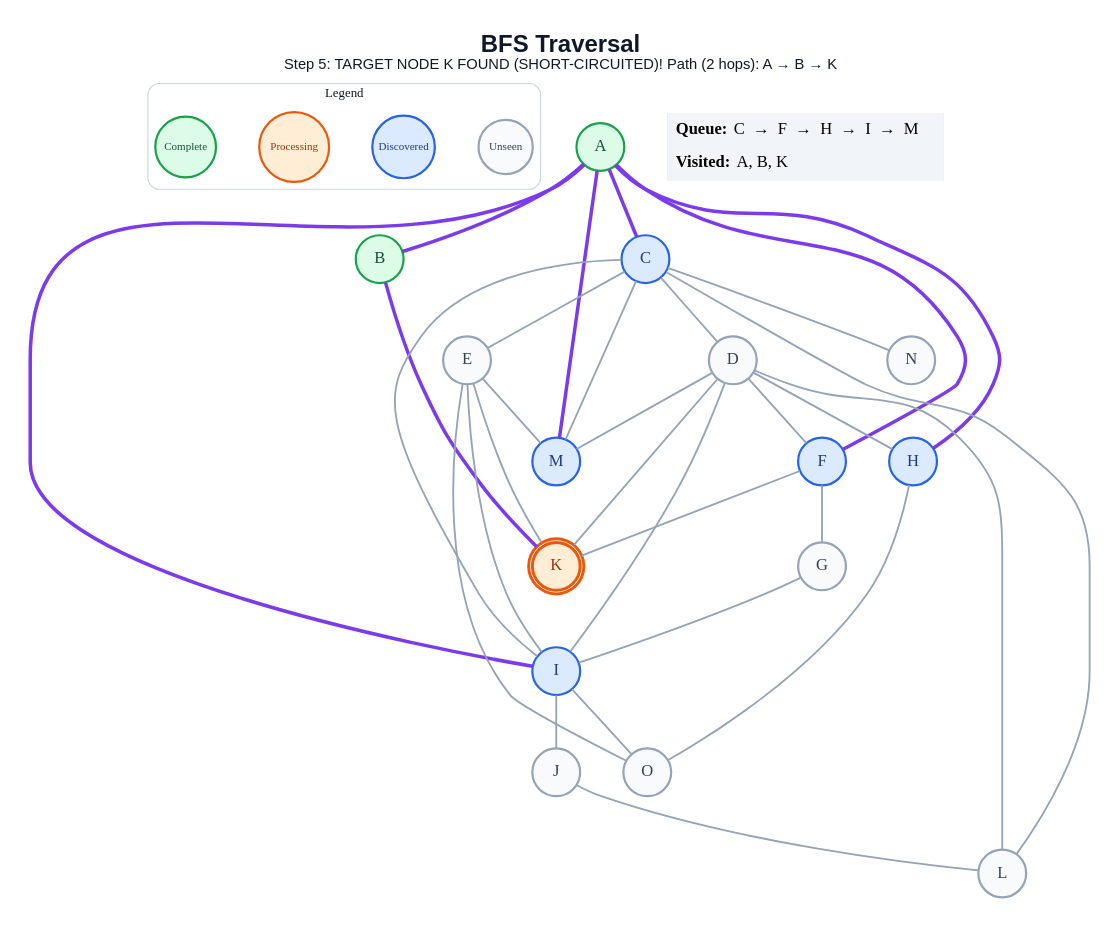
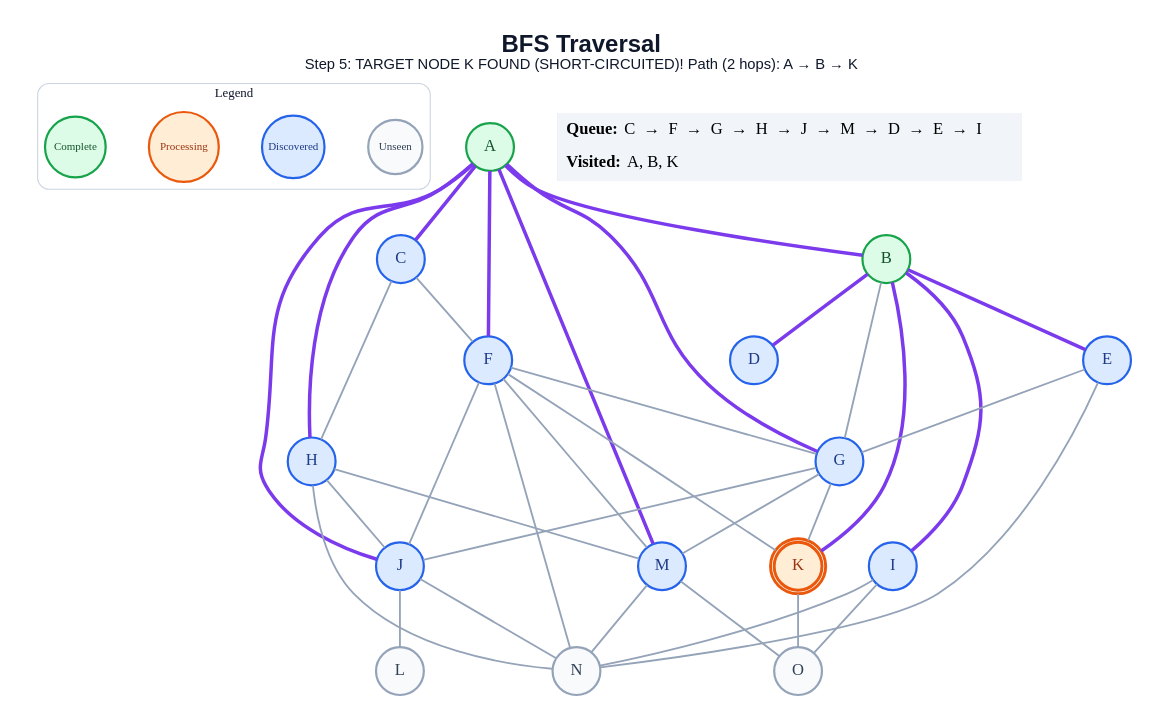
The diagram in generated/short-circuit/bfs/step_05.dot (anon7238593-create/ai-slop), drawn with Graphviz before and after one commit. The commit also changed 217 other files, not shown here.

```diff
--- a/generated/short-circuit/bfs/step_05.dot
+++ b/generated/short-circuit/bfs/step_05.dot
@@ -1,64 +1,68 @@
 graph traversal {
   graph [layout=dot, rankdir=TB, bgcolor="#FFFFFF", pad="0.35", nodesep="0.65", ranksep="0.8", fontname="Arial"];
   node [shape=circle, style="filled", fontname="Arial Bold", fontsize=18, width=0.72, fixedsize=true, penwidth=2.4];
   edge [color="#94A3B8", penwidth=2.0];
   label=<<B>BFS Traversal</B><BR/><FONT POINT-SIZE="16">Step 5: TARGET NODE K FOUND (SHORT-CIRCUITED)! Path (2 hops): A → B → K</FONT>>; labelloc="t"; fontsize=26; fontname="Arial"; fontcolor="#0F172A";
   subgraph cluster_legend { label="Legend"; color="#CBD5E1"; penwidth=1.2; style="rounded"; fontsize=14; fontname="Arial Bold";
     key_unseen [label="Unseen", fillcolor="#F8FAFC", color="#94A3B8", fontcolor="#334155", fontsize=12, width=0.82];
     key_frontier [label="Discovered", fillcolor="#DBEAFE", color="#2563EB", fontcolor="#1E3A8A", fontsize=12, width=0.95];
     key_current [label="Processing", fillcolor="#FFEDD5", color="#EA580C", fontcolor="#9A3412", fontsize=12, width=1.05];
     key_done [label="Complete", fillcolor="#DCFCE7", color="#16A34A", fontcolor="#14532D", fontsize=12, width=0.92];
     { rank=same; key_unseen; key_frontier; key_current; key_done; }
   }
   A [label="A", fillcolor="#DCFCE7", color="#16A34A", fontcolor="#14532D", peripheries=1, penwidth=2.4];
   B [label="B", fillcolor="#DCFCE7", color="#16A34A", fontcolor="#14532D", peripheries=1, penwidth=2.4];
   C [label="C", fillcolor="#DBEAFE", color="#2563EB", fontcolor="#1E3A8A", peripheries=1, penwidth=2.4];
-  D [label="D", fillcolor="#F8FAFC", color="#94A3B8", fontcolor="#334155", peripheries=1, penwidth=2.4];
-  E [label="E", fillcolor="#F8FAFC", color="#94A3B8", fontcolor="#334155", peripheries=1, penwidth=2.4];
+  D [label="D", fillcolor="#DBEAFE", color="#2563EB", fontcolor="#1E3A8A", peripheries=1, penwidth=2.4];
+  E [label="E", fillcolor="#DBEAFE", color="#2563EB", fontcolor="#1E3A8A", peripheries=1, penwidth=2.4];
   F [label="F", fillcolor="#DBEAFE", color="#2563EB", fontcolor="#1E3A8A", peripheries=1, penwidth=2.4];
-  G [label="G", fillcolor="#F8FAFC", color="#94A3B8", fontcolor="#334155", peripheries=1, penwidth=2.4];
+  G [label="G", fillcolor="#DBEAFE", color="#2563EB", fontcolor="#1E3A8A", peripheries=1, penwidth=2.4];
   H [label="H", fillcolor="#DBEAFE", color="#2563EB", fontcolor="#1E3A8A", peripheries=1, penwidth=2.4];
   I [label="I", fillcolor="#DBEAFE", color="#2563EB", fontcolor="#1E3A8A", peripheries=1, penwidth=2.4];
-  J [label="J", fillcolor="#F8FAFC", color="#94A3B8", fontcolor="#334155", peripheries=1, penwidth=2.4];
+  J [label="J", fillcolor="#DBEAFE", color="#2563EB", fontcolor="#1E3A8A", peripheries=1, penwidth=2.4];
   K [label="K", fillcolor="#FFEDD5", color="#EA580C", fontcolor="#9A3412", peripheries=2, penwidth=3.2];
   L [label="L", fillcolor="#F8FAFC", color="#94A3B8", fontcolor="#334155", peripheries=1, penwidth=2.4];
   M [label="M", fillcolor="#DBEAFE", color="#2563EB", fontcolor="#1E3A8A", peripheries=1, penwidth=2.4];
   N [label="N", fillcolor="#F8FAFC", color="#94A3B8", fontcolor="#334155", peripheries=1, penwidth=2.4];
   O [label="O", fillcolor="#F8FAFC", color="#94A3B8", fontcolor="#334155", peripheries=1, penwidth=2.4];
   A -- B [color="#7C3AED", penwidth=3.8];
   A -- C [color="#7C3AED", penwidth=3.8];
   A -- F [color="#7C3AED", penwidth=3.8];
+  A -- G [color="#7C3AED", penwidth=3.8];
   A -- H [color="#7C3AED", penwidth=3.8];
-  A -- I [color="#7C3AED", penwidth=3.8];
+  A -- J [color="#7C3AED", penwidth=3.8];
   A -- M [color="#7C3AED", penwidth=3.8];
+  B -- D [color="#7C3AED", penwidth=3.8];
+  B -- E [color="#7C3AED", penwidth=3.8];
+  B -- G;
+  B -- I [color="#7C3AED", penwidth=3.8];
   B -- K [color="#7C3AED", penwidth=3.8];
-  C -- D;
-  C -- E;
-  C -- I;
-  C -- L;
-  C -- M;
-  C -- N;
-  D -- F;
-  D -- H;
-  D -- I;
-  D -- K;
-  D -- L;
-  D -- M;
-  E -- I;
-  E -- K;
-  E -- M;
-  E -- O;
+  C -- F;
+  C -- H;
+  E -- G;
+  E -- N;
   F -- G;
+  F -- J;
   F -- K;
-  G -- I;
-  H -- O;
-  I -- J;
+  F -- M;
+  F -- N;
+  G -- J;
+  G -- K;
+  G -- M;
+  H -- J;
+  H -- M;
+  H -- N;
+  I -- N;
   I -- O;
   J -- L;
+  J -- N;
+  K -- O;
+  M -- N;
+  M -- O;
   status [shape=plain, fixedsize=false, width=0, height=0, margin=0, label=<
     <TABLE BORDER="0" CELLBORDER="0" CELLPADDING="7" BGCOLOR="#F1F5F9">
-      <TR><TD ALIGN="LEFT"><B>Queue:</B> C  →  F  →  H  →  I  →  M</TD></TR>
+      <TR><TD ALIGN="LEFT"><B>Queue:</B> C  →  F  →  G  →  H  →  J  →  M  →  D  →  E  →  I</TD></TR>
       <TR><TD ALIGN="LEFT"><B>Visited:</B> A, B, K</TD></TR>
     </TABLE>
   >];
 }
```
